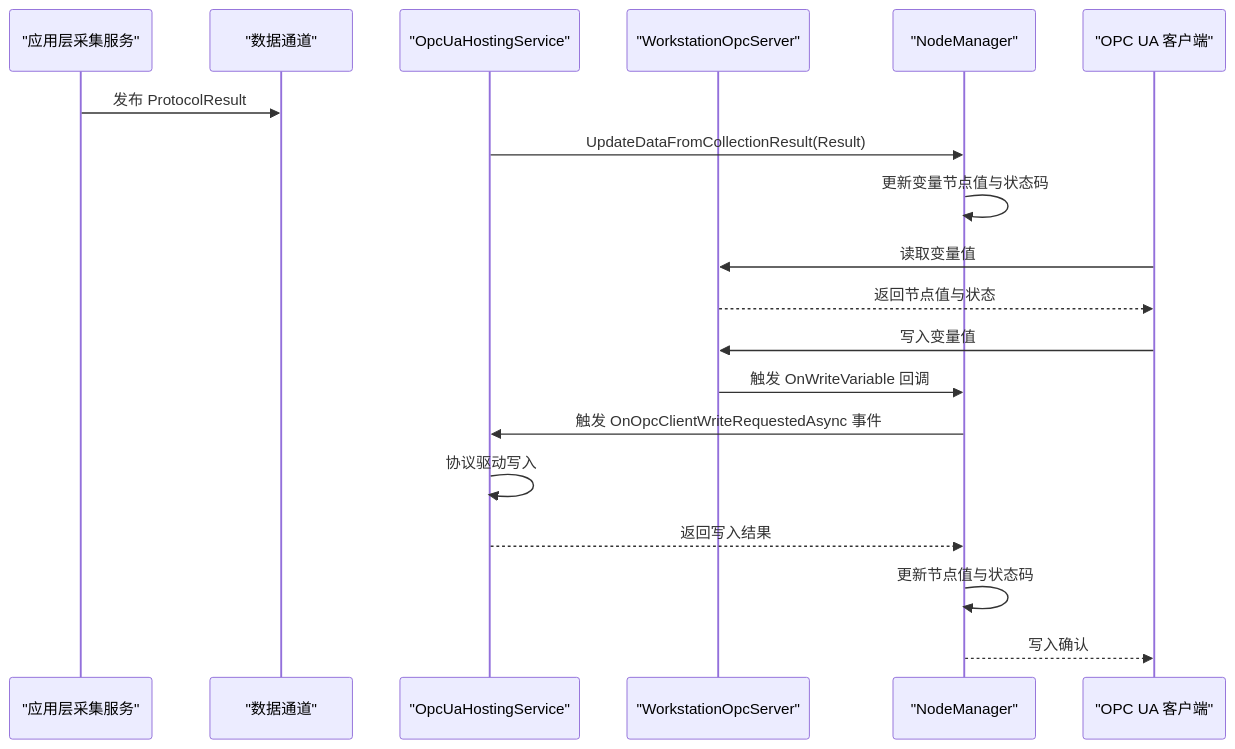
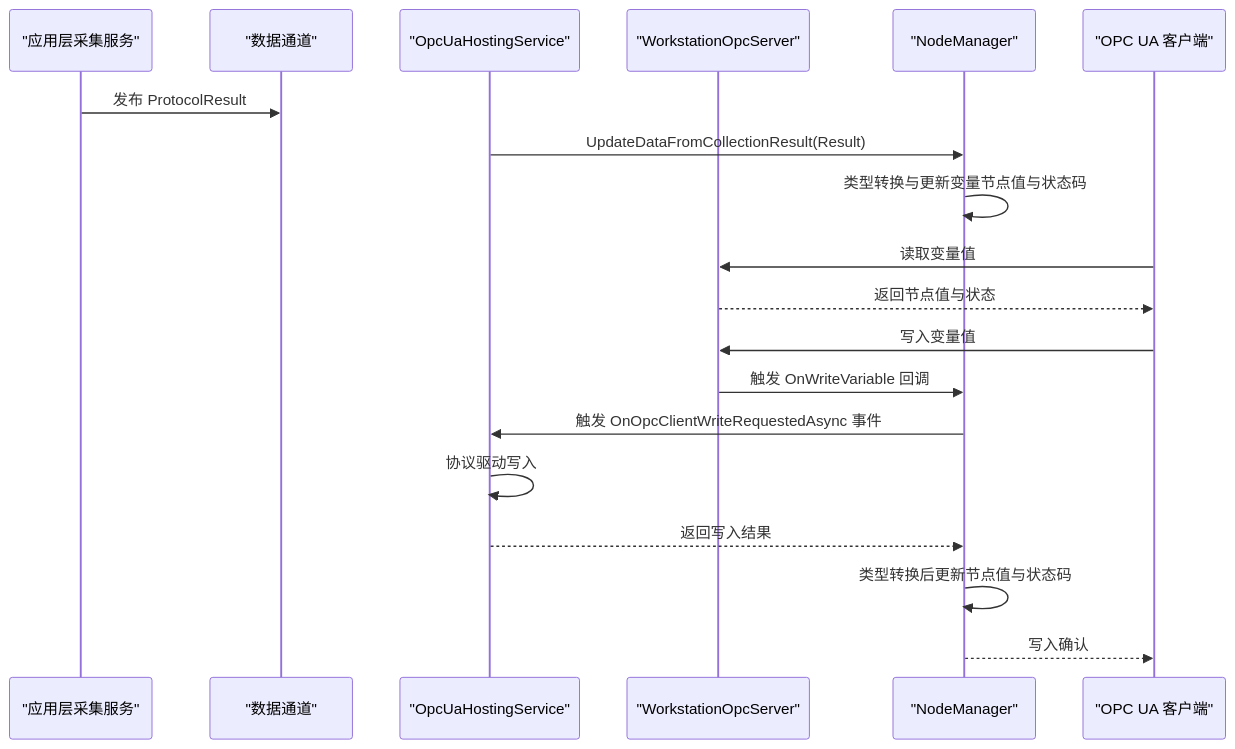
One commit to whitemousetl/IndustrialDataSolution changed the second of 6 diagrams in .qoder/repowiki/zh/content/OPC UA集成/节点管理机制.md. Above: the diagram before and after it, drawn with Mermaid. The commit also changed other lines of this file and 18 other files, not shown here.

````diff
--- a/.qoder/repowiki/zh/content/OPC UA集成/节点管理机制.md
+++ b/.qoder/repowiki/zh/content/OPC UA集成/节点管理机制.md
@@ -117,21 +126,21 @@
 ```mermaid
 sequenceDiagram
 participant App as "应用层采集服务"
 participant Channel as "数据通道"
 participant Host as "OpcUaHostingService"
 participant Server as "WorkstationOpcServer"
 participant NM as "NodeManager"
 participant Client as "OPC UA 客户端"
 App->>Channel : 发布 ProtocolResult
 Host->>NM : UpdateDataFromCollectionResult(Result)
-NM->>NM : 更新变量节点值与状态码
+NM->>NM : 类型转换与更新变量节点值与状态码
 Client->>Server : 读取变量值
 Server-->>Client : 返回节点值与状态
 Client->>Server : 写入变量值
 Server->>NM : 触发 OnWriteVariable 回调
 NM->>Host : 触发 OnOpcClientWriteRequestedAsync 事件
 Host->>Host : 协议驱动写入
 Host-->>NM : 返回写入结果
-NM->>NM : 更新节点值与状态码
+NM->>NM : 类型转换后更新节点值与状态码
 NM-->>Client : 写入确认
 ```
````
